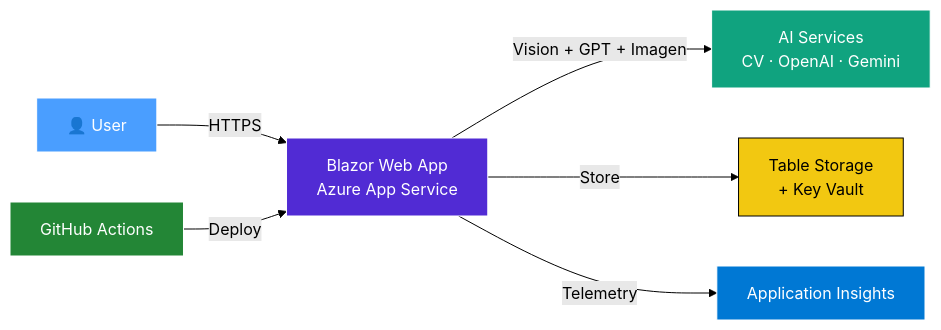
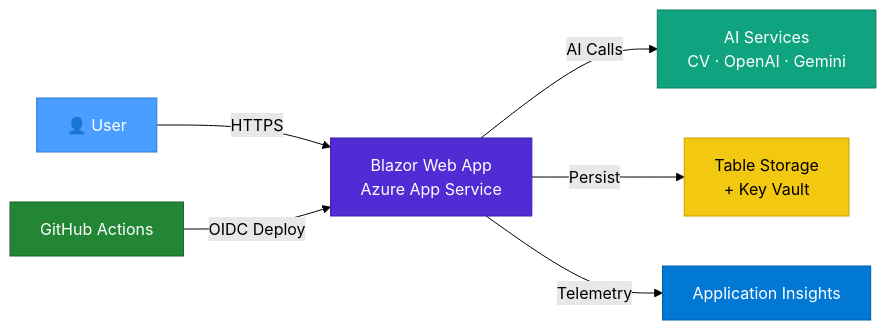
The diagram in docs/Architecture_MASTER_SIMPLE.mmd (punkouter26/PoRedoImage), drawn with Mermaid (forest theme) before and after one commit. The commit also changed 100 other files, not shown here.

Commit message:
feat: user images gallery, meme/regen results panels, Studio page; fix index-out-of-range in OpenAI service, gallery HTML/JSON guard, BulkGenerate empty prompt guard; update gitignore for screenshots/test-output/lscache

```diff
--- a/docs/Architecture_MASTER_SIMPLE.mmd
+++ b/docs/Architecture_MASTER_SIMPLE.mmd
@@ -1,13 +1,13 @@
 flowchart LR
     User["👤 User"] -->|"HTTPS"| App["Blazor Web App\nAzure App Service"]
-    App -->|"Vision + GPT + Imagen"| AI["AI Services\nCV · OpenAI · Gemini"]
-    App -->|"Store"| Data["Table Storage\n+ Key Vault"]
+    App -->|"AI Calls"| AI["AI Services\nCV · OpenAI · Gemini"]
+    App -->|"Persist"| Data["Table Storage\n+ Key Vault"]
     App -->|"Telemetry"| Ops["Application Insights"]
-    CI["GitHub Actions"] -->|"Deploy"| App
+    CI["GitHub Actions"] -->|"OIDC Deploy"| App
 
-    style User fill:#4a9eff,stroke:#fff,color:#fff
-    style App fill:#512bd4,stroke:#fff,color:#fff
-    style AI fill:#10a37f,stroke:#fff,color:#fff
-    style Data fill:#f2c811,stroke:#000,color:#000
-    style Ops fill:#0078d4,stroke:#fff,color:#fff
-    style CI fill:#238636,stroke:#fff,color:#fff
+    style User fill:#4a9eff,stroke:#2a7fd4,color:#fff
+    style App fill:#512bd4,stroke:#3a1fa8,color:#fff
+    style AI fill:#10a37f,stroke:#0a7a5f,color:#fff
+    style Data fill:#f2c811,stroke:#c9a000,color:#000
+    style Ops fill:#0078d4,stroke:#005fa3,color:#fff
+    style CI fill:#238636,stroke:#196228,color:#fff
```
